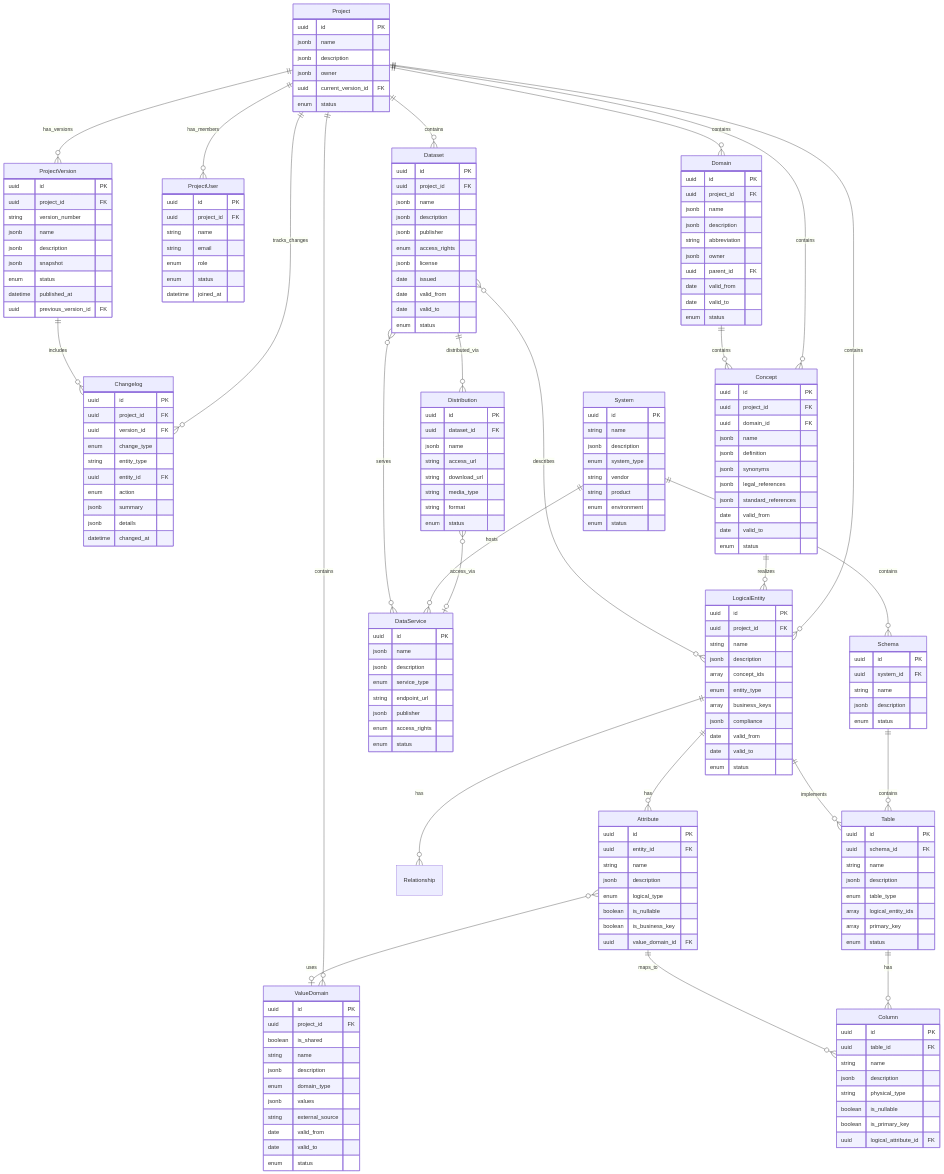
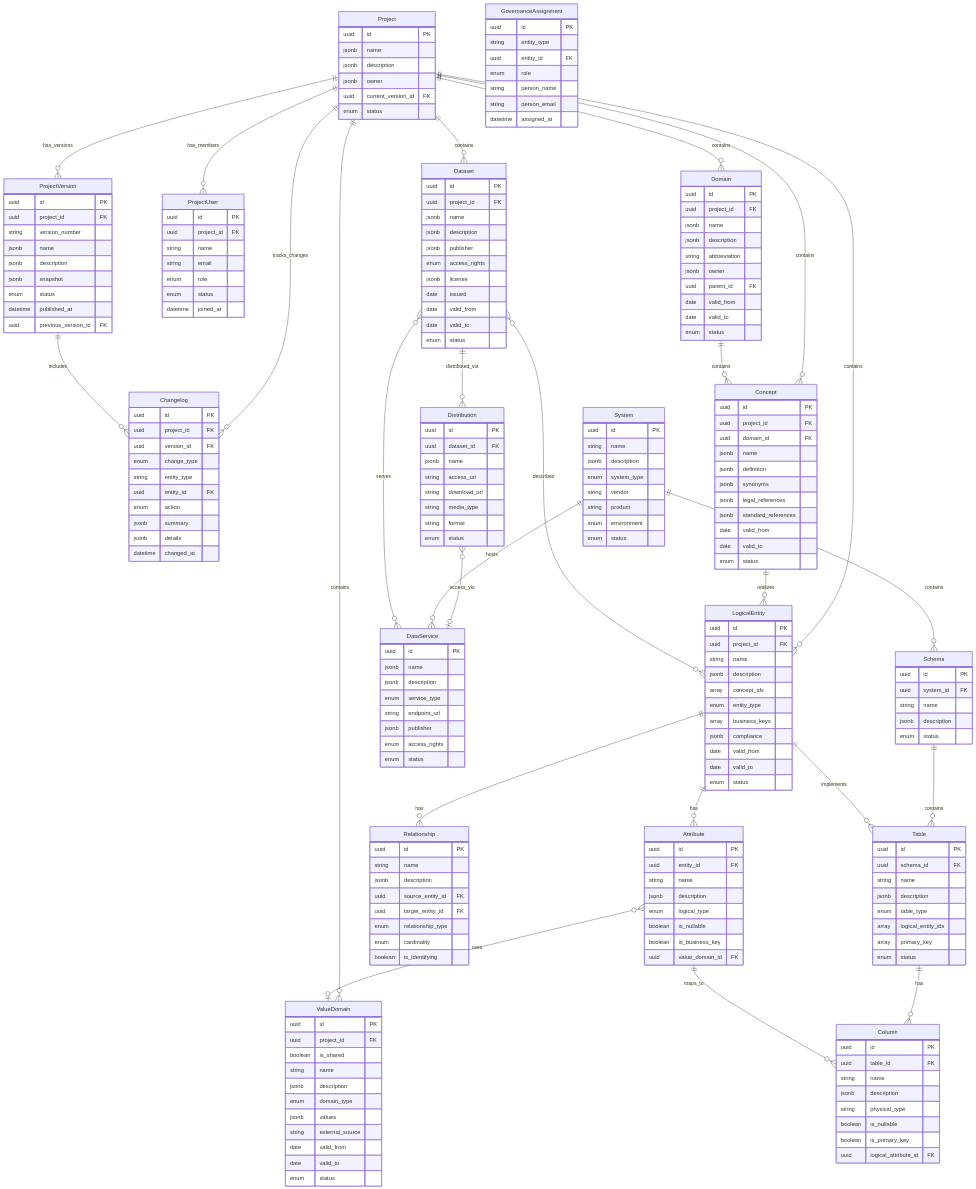
The second of 4 diagrams in documentation/DATABASE.md (davras5/meta-atlas), drawn with Mermaid before and after one commit. The commit also changed other lines of this file, not shown here.

```diff
--- a/documentation/DATABASE.md
+++ b/documentation/DATABASE.md
@@ -273,6 +280,16 @@
         datetime joined_at
     }
 
+    GovernanceAssignment {
+        uuid id PK
+        string entity_type
+        uuid entity_id FK
+        enum role
+        string person_name
+        string person_email
+        datetime assigned_at
+    }
+
     Domain {
         uuid id PK
         uuid project_id FK
@@ -323,6 +340,17 @@
         boolean is_nullable
         boolean is_business_key
         uuid value_domain_id FK
+    }
+
+    Relationship {
+        uuid id PK
+        string name
+        jsonb description
+        uuid source_entity_id FK
+        uuid target_entity_id FK
+        enum relationship_type
+        enum cardinality
+        boolean is_identifying
     }
 
     ValueDomain {
```
